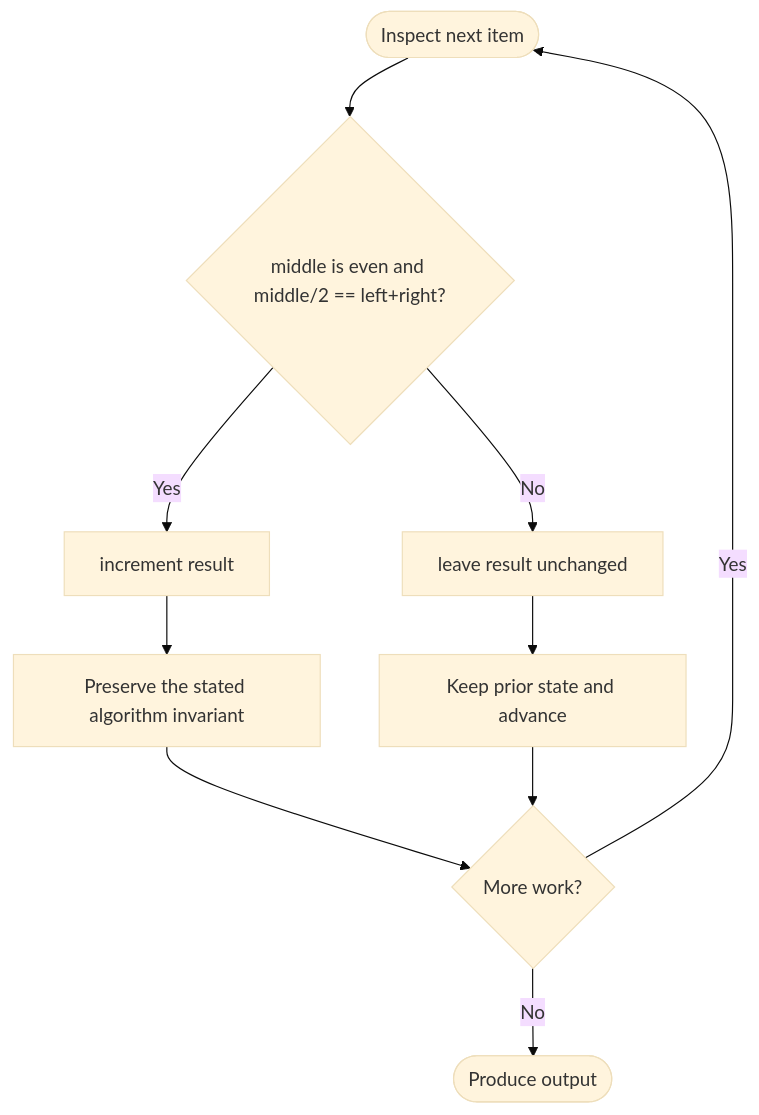
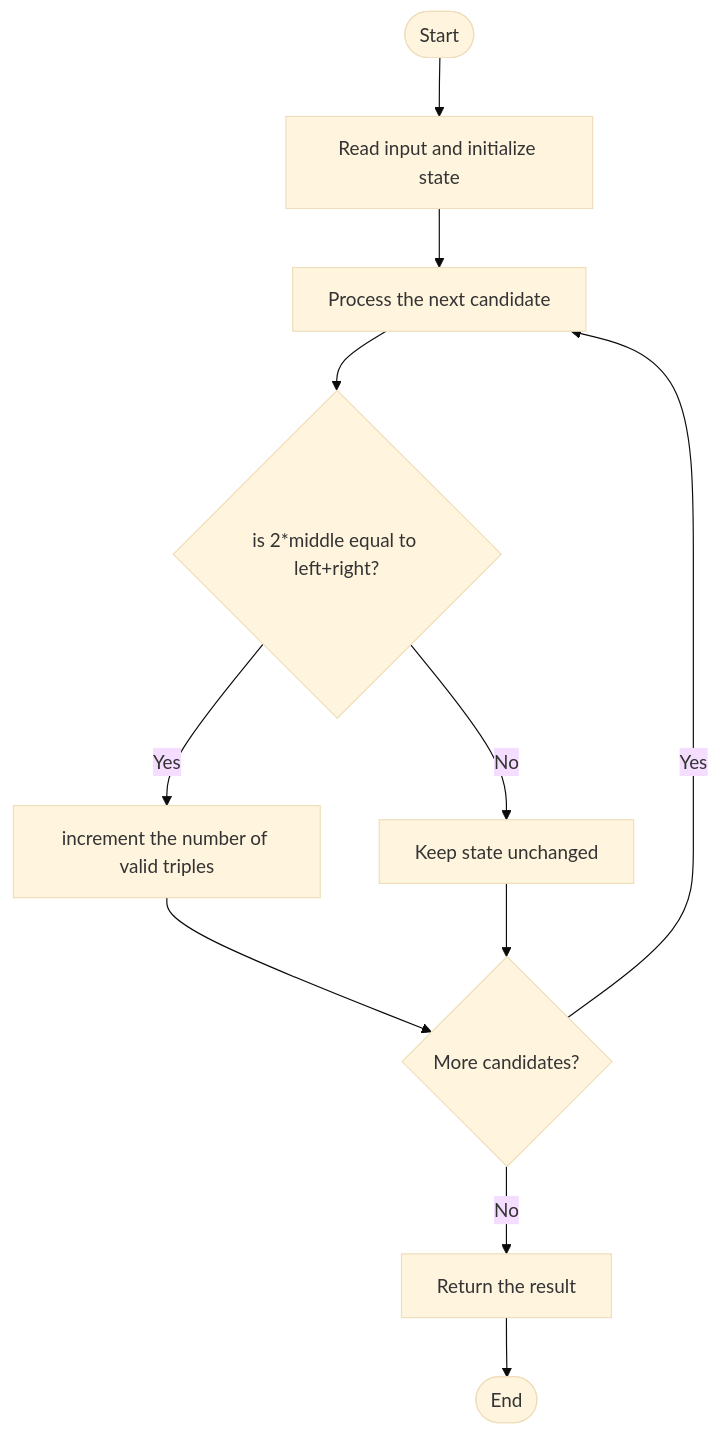
Before and after one commit to SAIDEEPBHANGE/C-CPP-Codes: the diagram in LeetCode/3392/README.md, drawn with Mermaid (base theme). The commit also changed other lines of this file and 196 other files, not shown here.

````diff
--- a/LeetCode/3392/README.md
+++ b/LeetCode/3392/README.md
@@ -28,12 +27,13 @@
 ```mermaid
 flowchart TD
-    A([Inspect next item]) --> B{middle is even and middle/2 == left+right?}
-    B -- Yes --> C[increment result]
-    B -- No --> D[leave result unchanged]
-    C --> E[Preserve the stated algorithm invariant]
-    D --> F[Keep prior state and advance]
-    E --> G{More work?}
+    A([Start]) --> B[Read input and initialize state]
+    B --> C[Process the next candidate]
+    C --> D{is 2*middle equal to left+right?}
+    D -->|Yes| E[increment the number of valid triples]
+    D -->|No| F[Keep state unchanged]
+    E --> G{More candidates?}
     F --> G
-    G -- Yes --> A
-    G -- No --> H([Produce output])
+    G -->|Yes| C
+    G -->|No| H[Return the result]
+    H --> I([End])
 ```
````
